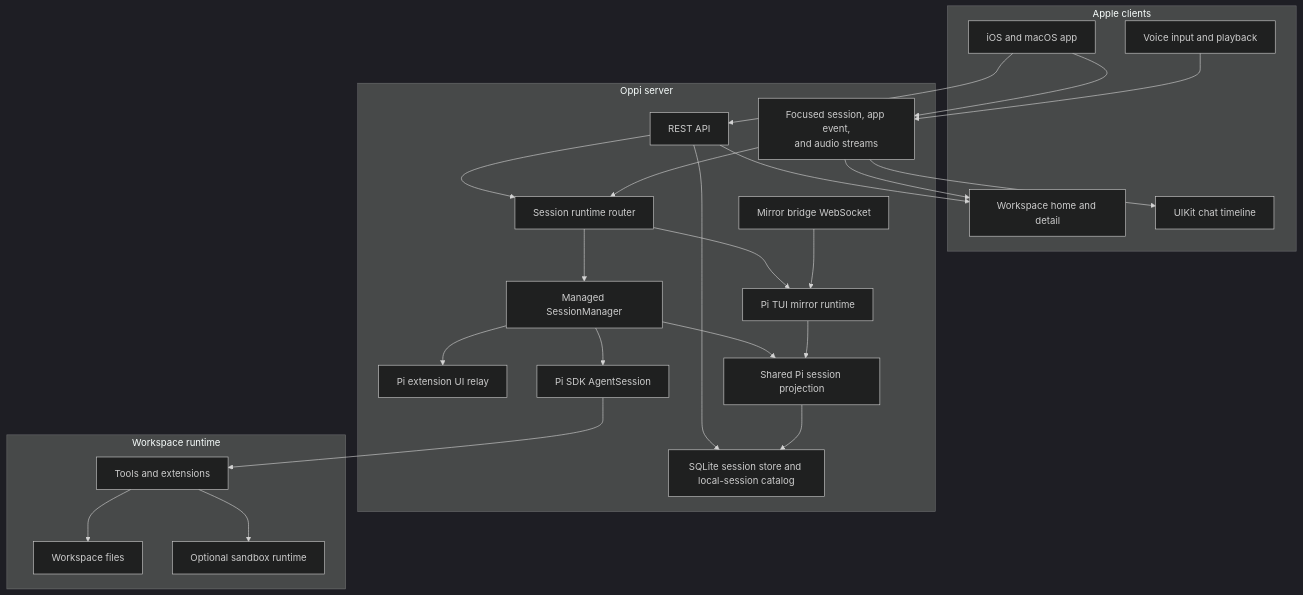
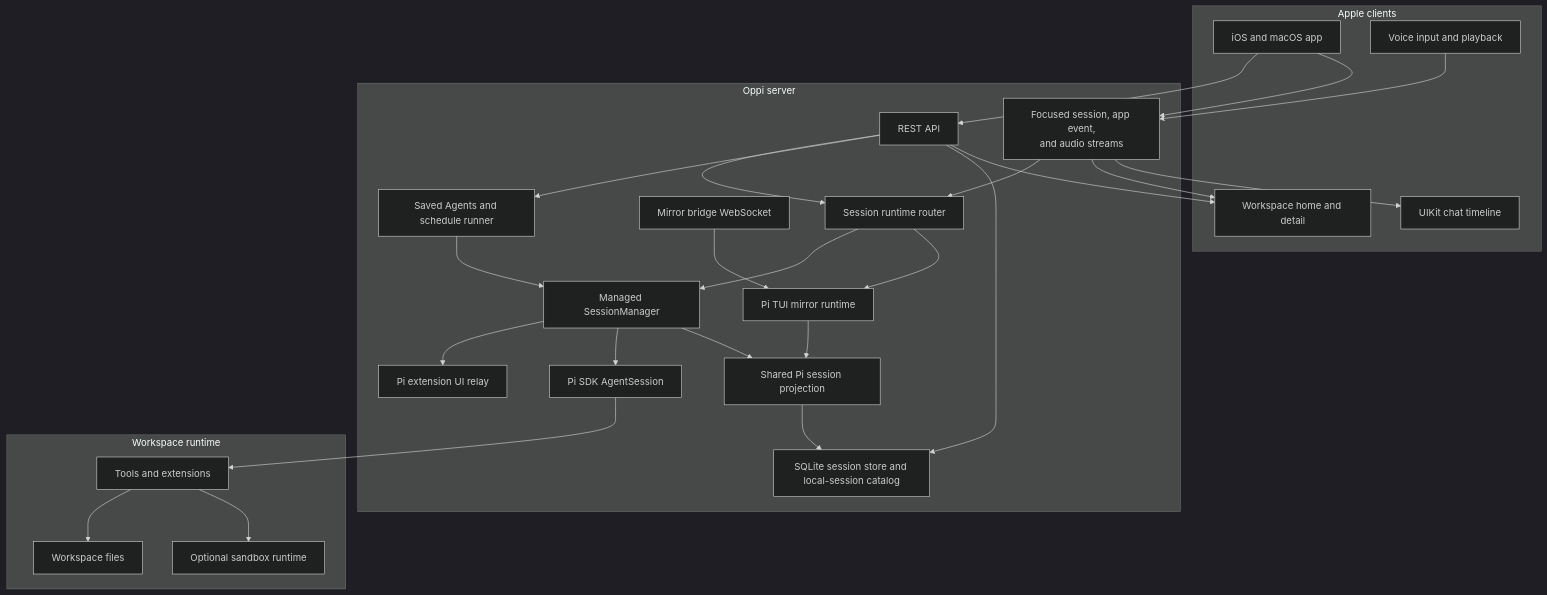
One commit to duh17/oppi changed the first of 3 diagrams in docs/architecture.md. Above: the diagram before and after it, drawn with Mermaid (dark theme). The commit also changed other lines of this file and 10 other files, not shown here.

````diff
--- a/docs/architecture.md
+++ b/docs/architecture.md
@@ -20,49 +20,52 @@
 ```mermaid
 graph TD
   subgraph Apple[Apple clients]
     App[iOS and macOS app]
     WorkspaceUI[Workspace home and detail]
     Timeline[UIKit chat timeline]
     Voice[Voice input and playback]
   end
 
   subgraph Server[Oppi server]
     HTTP[REST API]
     Streams[Focused session, app event,<br/>and audio streams]
     Router[Session runtime router]
     Sessions[Managed SessionManager]
     Mirror[Pi TUI mirror runtime]
     Bridge[Mirror bridge WebSocket]
     ExtensionUI[Pi extension UI relay]
+    Automations[Saved Agents and schedule runner]
     Storage[SQLite session store and local-session catalog]
     Project[Shared Pi session projection]
     Pi[Pi SDK AgentSession]
   end
 
   subgraph Workspace[Workspace runtime]
     Files[Workspace files]
     Tools[Tools and extensions]
     Sandbox[Optional sandbox runtime]
   end
 
   App --> HTTP
   App --> Streams
   HTTP --> Router
+  HTTP --> Automations
   HTTP --> Storage
   Streams --> Router
   Router --> Sessions
   Router --> Mirror
   Bridge --> Mirror
+  Automations --> Sessions
   Sessions --> ExtensionUI
   Sessions --> Pi
   Sessions --> Project
   Mirror --> Project
   Pi --> Tools
   Tools --> Files
   Project --> Storage
   Tools --> Sandbox
   HTTP --> WorkspaceUI
   Streams --> WorkspaceUI
   Streams --> Timeline
   Voice --> Streams
 ```
````
